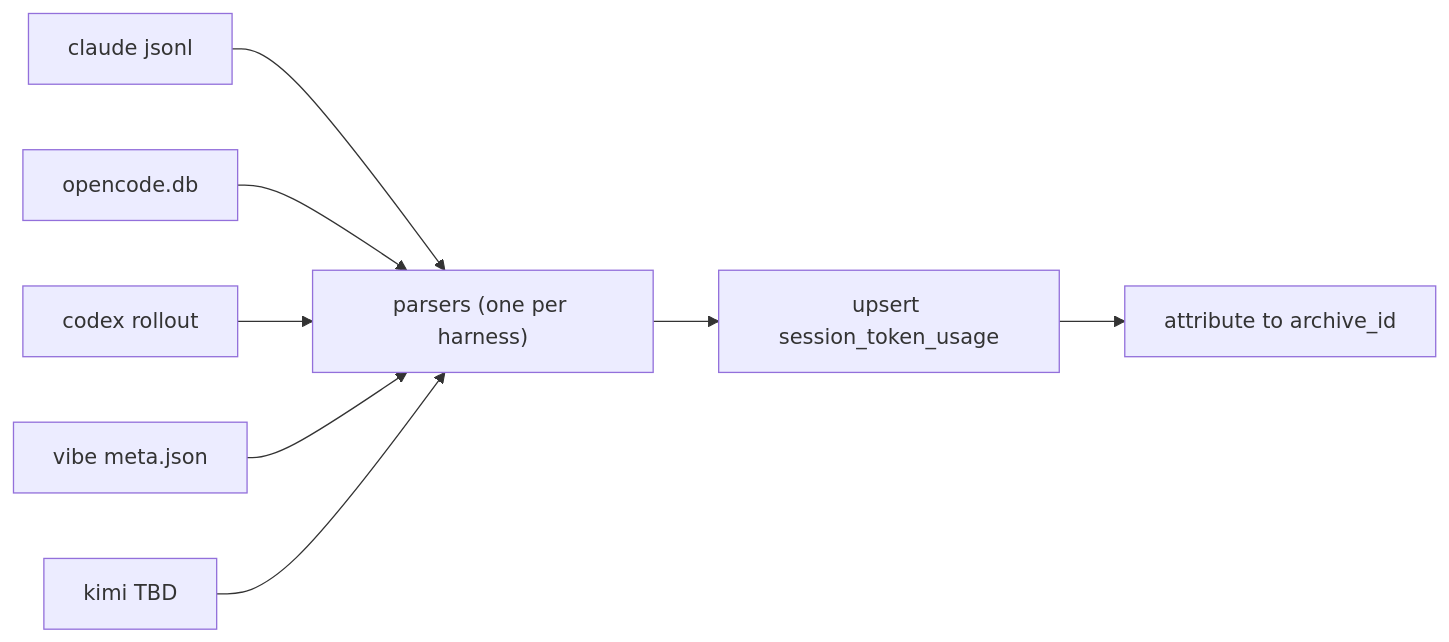
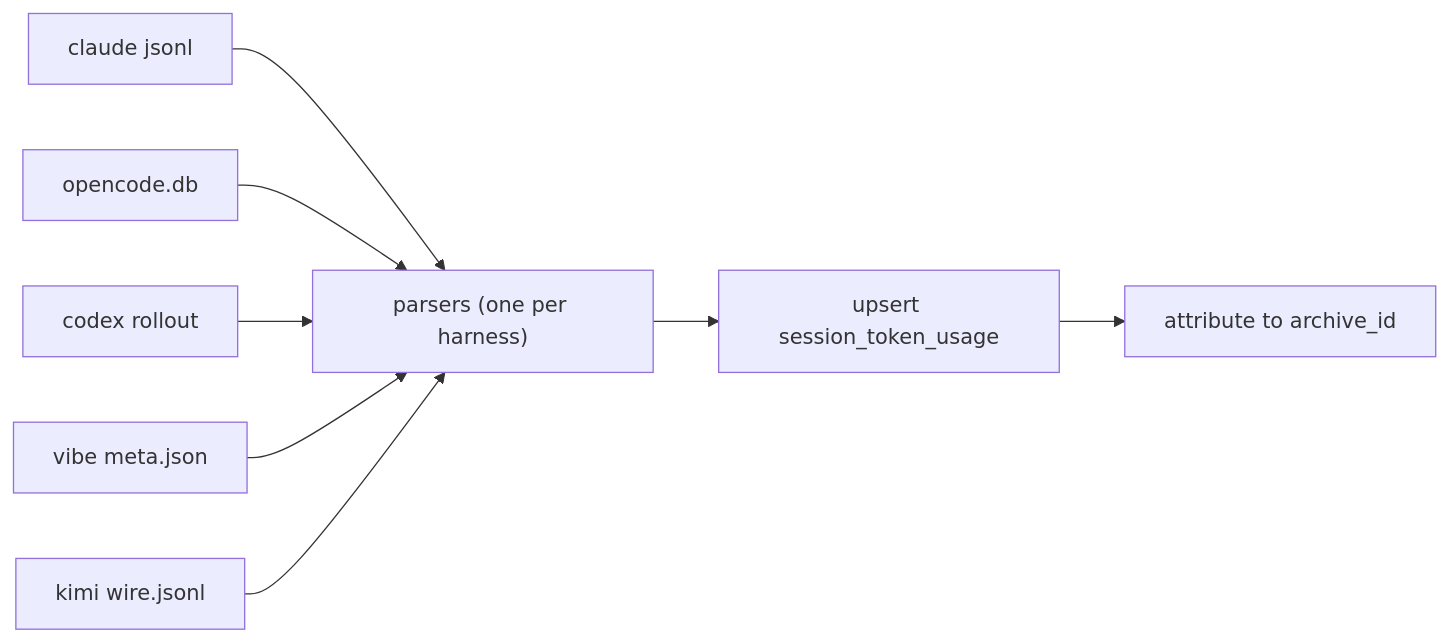
Before and after one commit to jedbjorn/subfloor: the diagram in specs_sc/token-session-analytics.md, drawn with Mermaid. The commit also changed other lines of this file and 2 other files, not shown here.

````diff
--- a/specs_sc/token-session-analytics.md
+++ b/specs_sc/token-session-analytics.md
@@ -148,10 +180,10 @@
 ```mermaid
 graph LR
   H1[claude jsonl]:::class2 --> P["parsers (one per harness)"]:::class1
   H2[opencode.db]:::class2 --> P
   H3[codex rollout]:::class2 --> P
   H4[vibe meta.json]:::class2 --> P
-  H5[kimi TBD]:::class4 --> P
+  H5[kimi wire.jsonl]:::class2 --> P
   P --> U["upsert session_token_usage"]:::class3
   U --> A["attribute to archive_id"]:::class3
 ```
````
